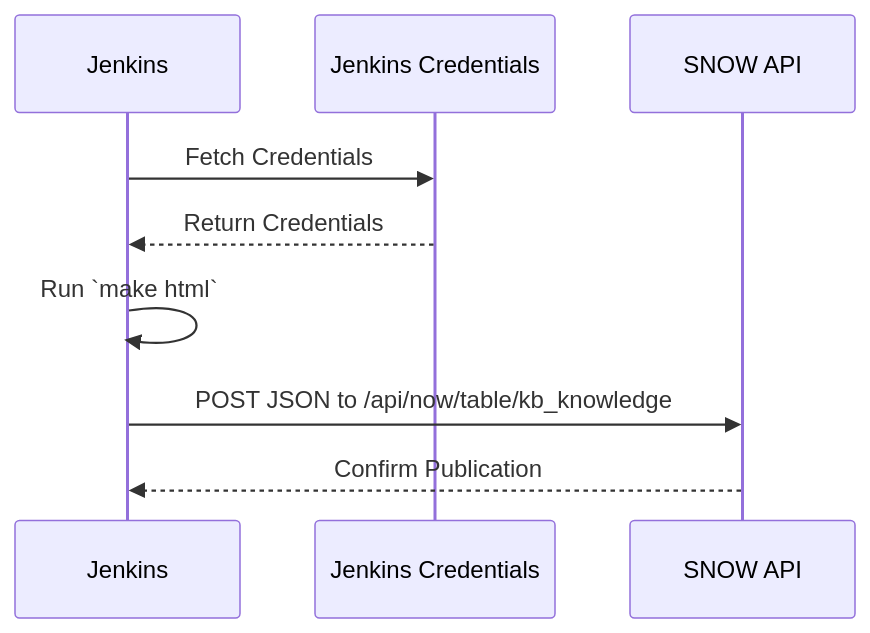
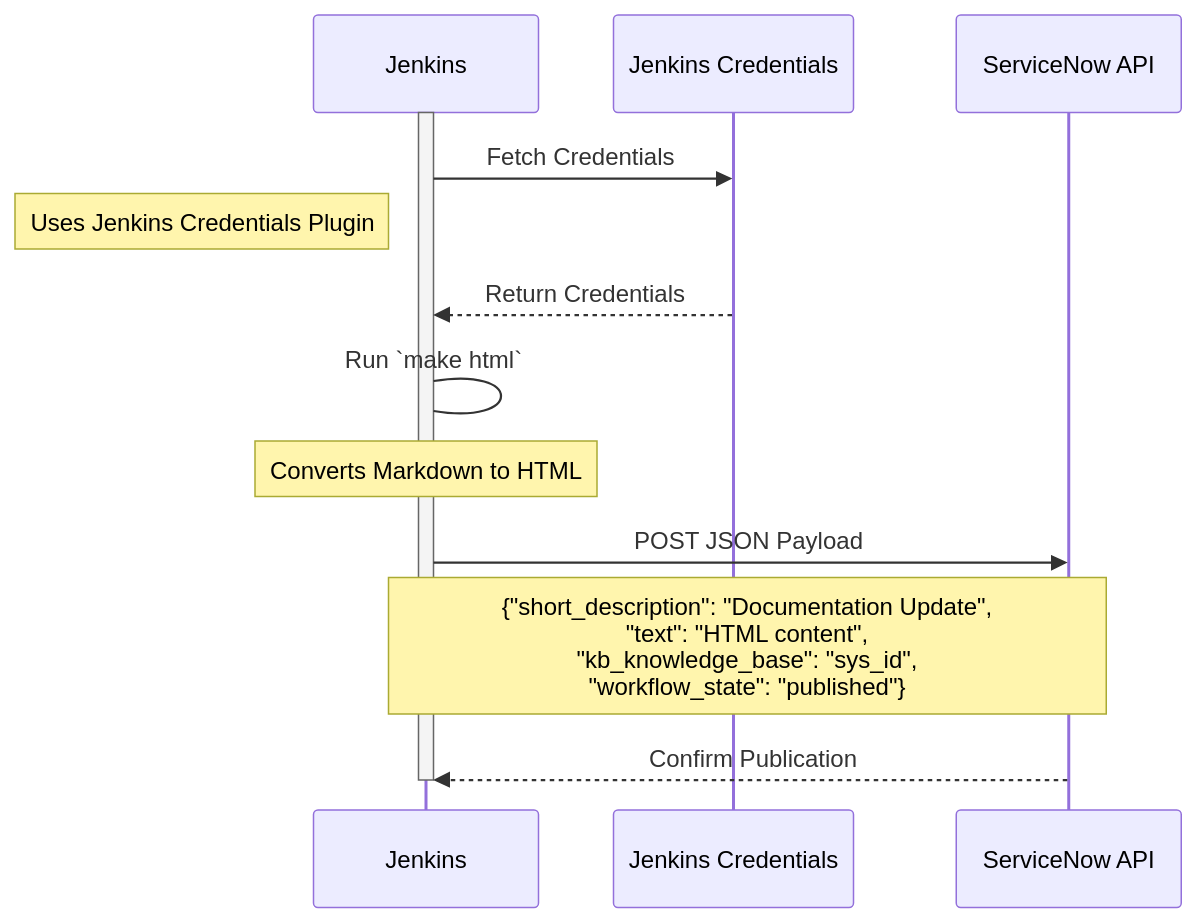
The fifth of 6 diagrams in README.md (buckeye43210/markdown-to-snowkb), drawn with Mermaid before and after one commit. The commit also changed other lines of this file, not shown here.

Commit message:
revising diagrams

````diff
--- a/README.md
+++ b/README.md
@@ -229,11 +234,16 @@
 ```mermaid
 sequenceDiagram
     participant J as Jenkins
     participant C as Jenkins Credentials
-    participant S as SNOW API
+    participant S as ServiceNow API
+    activate J
     J->>C: Fetch Credentials
+    Note left of J: Uses Jenkins Credentials Plugin
     C-->>J: Return Credentials
-    J->>J: Run `make html`
-    J->>S: POST JSON to /api/now/table/kb_knowledge
+    J->J: Run `make html`
+    Note over J: Converts Markdown to HTML
+    J->>S: POST JSON Payload
+    Note over J,S: {"short_description": "Documentation Update",<br>"text": "HTML content",<br>"kb_knowledge_base": "sys_id",<br>"workflow_state": "published"}
     S-->>J: Confirm Publication
+    deactivate J
 ```
````
